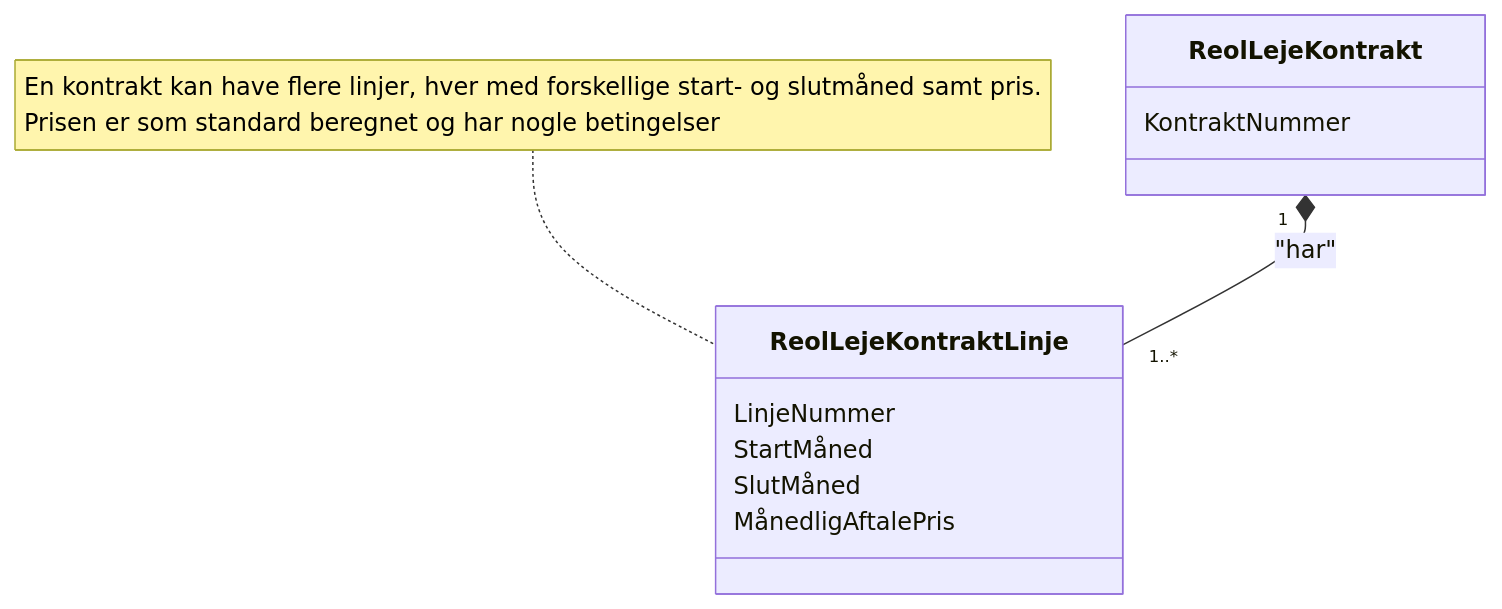
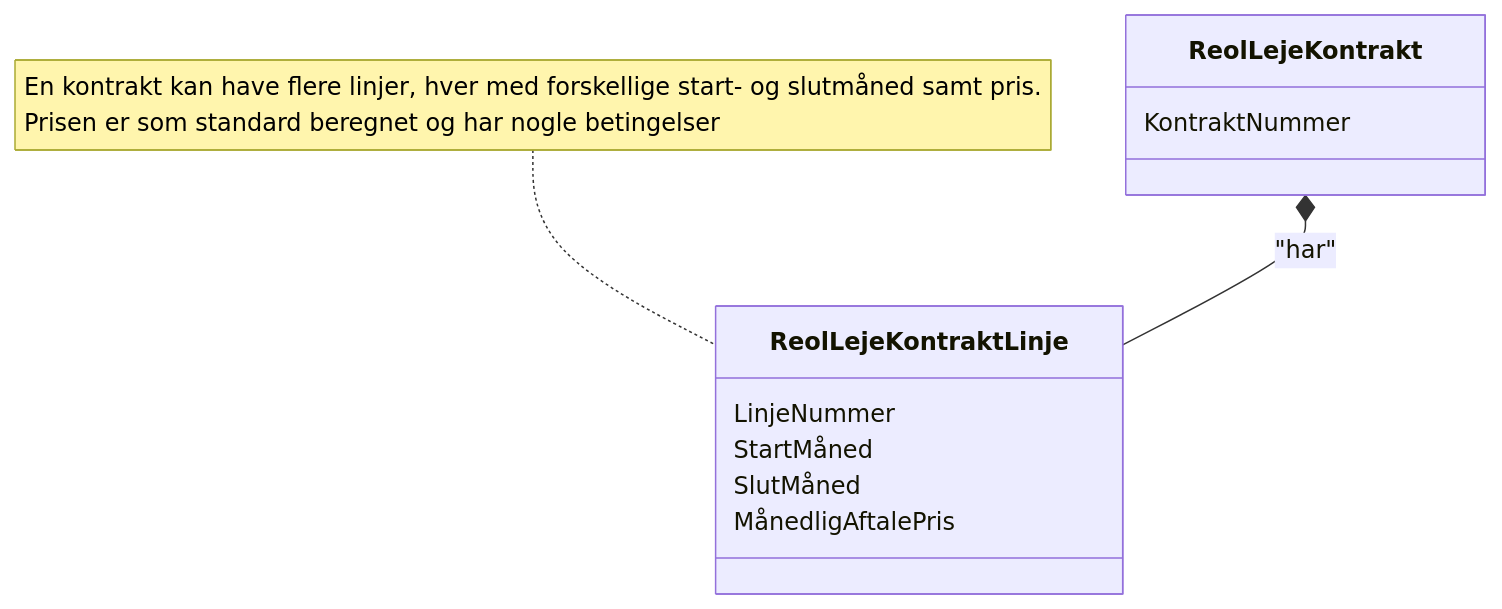
The diagram in docs/sprint-2/UseCase003-AdministrateShelfTenantContract/DomainModel.mmd (DMOoF25-TEAM11/ShelfMarket), drawn with Mermaid before and after one commit. The commit also changed 4 other files, not shown here.

```diff
--- a/docs/sprint-2/UseCase003-AdministrateShelfTenantContract/DomainModel.mmd
+++ b/docs/sprint-2/UseCase003-AdministrateShelfTenantContract/DomainModel.mmd
@@ -1,15 +1,15 @@
 classDiagram
     class ReolLejeKontrakt {
         KontraktNummer
     }
 
     class ReolLejeKontraktLinje {
         LinjeNummer
         StartMåned
         SlutMåned
         MånedligAftalePris
     }
 
-ReolLejeKontrakt "1" *-- "1..*" ReolLejeKontraktLinje : "har"
+ReolLejeKontrakt *-- ReolLejeKontraktLinje : "har"
 
 note for ReolLejeKontraktLinje "En kontrakt kan have flere linjer, hver med forskellige start- og slutmåned samt pris.<br>Prisen er som standard beregnet og har nogle betingelser"
```
